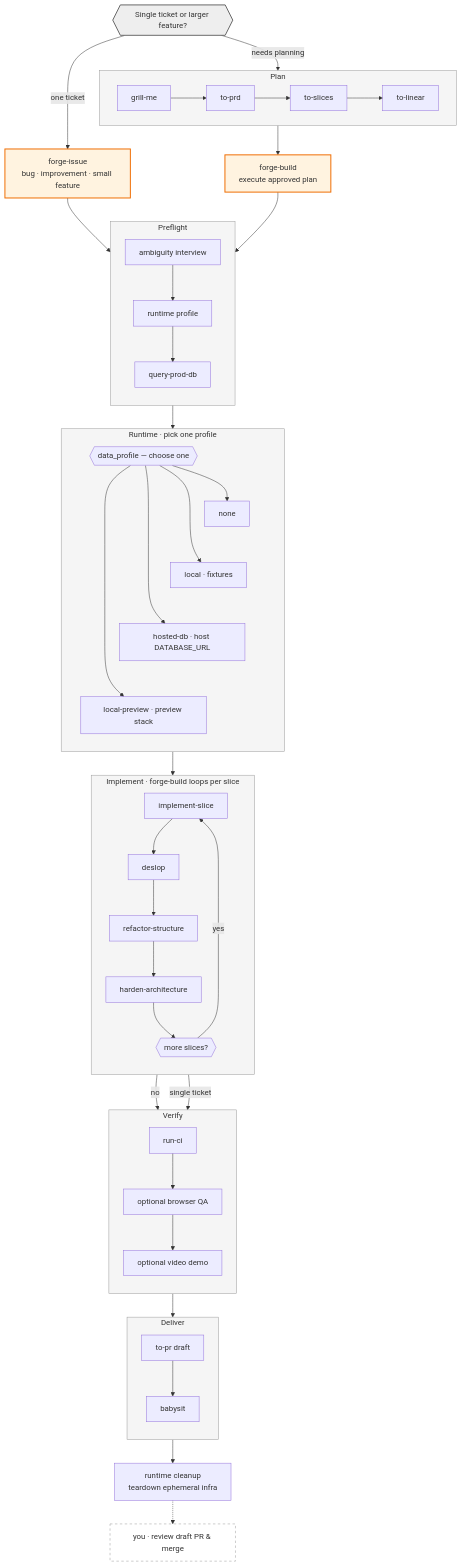
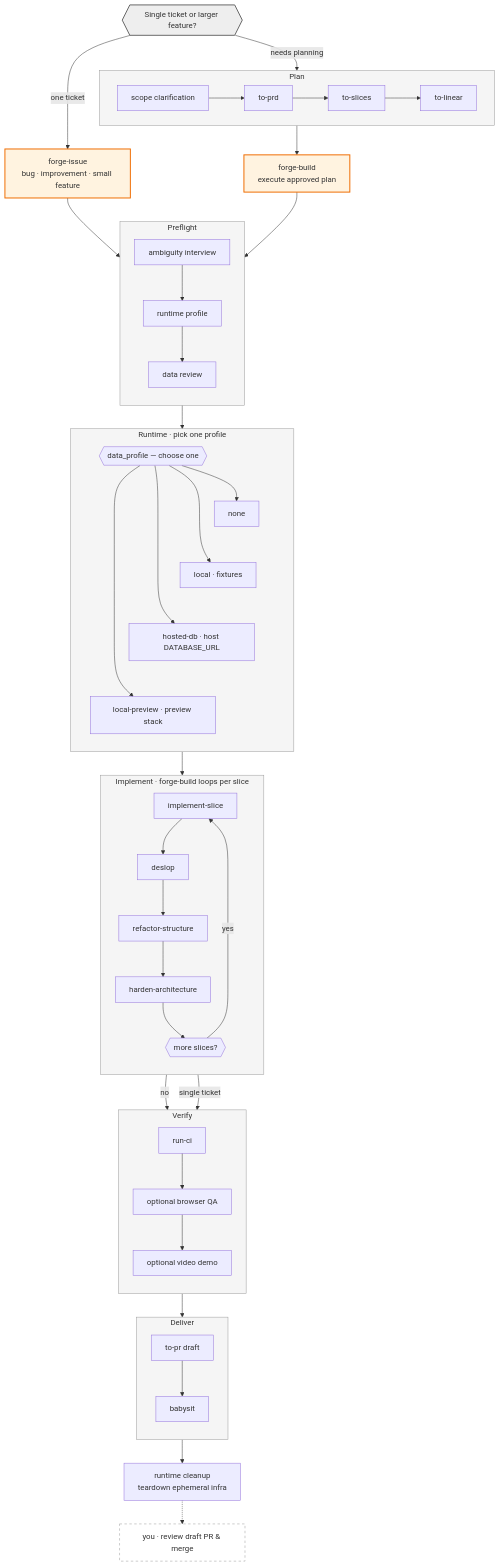
Before and after one commit to evan-mavis/skills: the diagram in ai-dev-workflow/README.md, drawn with Mermaid. The commit also changed other lines of this file and 65 other files, not shown here.

````diff
--- a/ai-dev-workflow/README.md
+++ b/ai-dev-workflow/README.md
@@ -3,80 +3,80 @@
 ```mermaid
 %%{init: {"flowchart": {"nodeSpacing": 40, "rankSpacing": 48, "padding": 14}}}%%
 flowchart TB
   ORCH{{"Single ticket or larger feature?"}}
 
   E1["forge-issue<br/>bug · improvement · small feature"]
 
   subgraph PLANPATH["Plan"]
     direction LR
-    P1["grill-me"] --> P2["to-prd"] --> P3["to-slices"] --> P4["to-linear"]
+    P1["scope clarification"] --> P2["to-prd"] --> P3["to-slices"] --> P4["to-linear"]
   end
 
   E2["forge-build<br/>execute approved plan"]
 
   ORCH -->|"one ticket"| E1
   ORCH -->|"needs planning"| P1
   P4 --> E2
 
   subgraph PREFLIGHT["Preflight"]
     direction TB
-    PF1["ambiguity interview"] --> PF2["runtime profile"] --> PF3["query-prod-db"]
+    PF1["ambiguity interview"] --> PF2["runtime profile"] --> PF3["data review"]
   end
 
   E1 --> PF1
   E2 --> PF1
 
   subgraph RUNTIME["Runtime · pick one profile"]
     direction TB
     RT0{{"data_profile — choose one"}}
     R1["none"]
     R2["local · fixtures"]
     R3["hosted-db · host DATABASE_URL"]
     R4["local-preview · preview stack"]
     RT0 --> R1
     RT0 --> R2
     RT0 --> R3
     RT0 --> R4
     R1 ~~~ R2
     R2 ~~~ R3
     R3 ~~~ R4
   end
 
   subgraph IMPLEMENT["Implement · forge-build loops per slice"]
     direction TB
     I1["implement-slice"] --> I2["deslop"] --> I3["refactor-structure"] --> I4["harden-architecture"]
     NEXT{{"more slices?"}}
     I4 --> NEXT
     NEXT -->|yes| I1
   end
 
   subgraph VERIFY["Verify"]
     direction TB
     V1["run-ci"] --> V2["optional browser QA"] --> V3["optional video demo"]
   end
 
   subgraph DELIVER["Deliver"]
     direction TB
     D1["to-pr draft"] --> D2["babysit"]
   end
 
   CLEANUP["runtime cleanup<br/>teardown ephemeral infra"]
   YOU["you · review draft PR & merge"]
 
   PF3 --> RT0
   RT0 --> I1
   NEXT -->|no| V1
   I4 -->|"single ticket"| V1
   V3 --> D1
   D2 --> CLEANUP
   CLEANUP -.-> YOU
 
   classDef phase fill:#f5f5f5,stroke:#999,stroke-width:1px
   classDef orchestrator fill:#fff3e0,stroke:#ef6c00,stroke-width:2px
   classDef entry fill:#eeeeee,stroke:#666,stroke-width:2px
   classDef human fill:#fff,stroke:#999,stroke-width:1px,stroke-dasharray: 5 5
   class PLANPATH,PREFLIGHT,RUNTIME,IMPLEMENT,VERIFY,DELIVER phase
   class E1,E2 orchestrator
   class ORCH entry
   class YOU human
 ```
````
